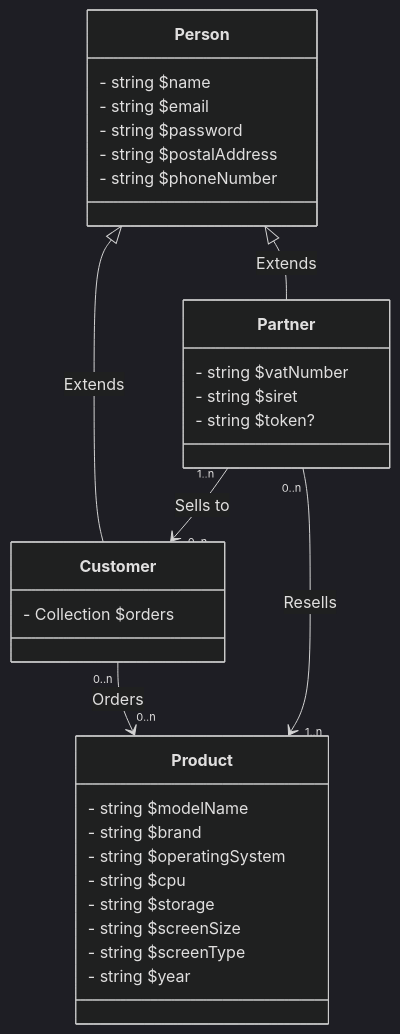
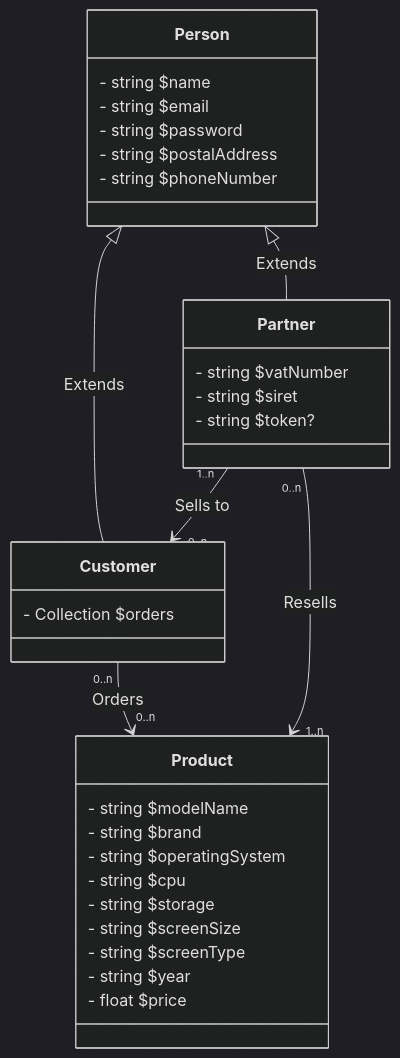
One commit to Palingenae/OC-P7-BileMo changed the diagram in doc/diagrams/classes.md. Above: the diagram before and after it, drawn with Mermaid (dark theme).

Commit message:
fix: add price property

````diff
--- a/doc/diagrams/classes.md
+++ b/doc/diagrams/classes.md
@@ -1,36 +1,37 @@
 ```mermaid
     classDiagram
         Person <|-- Customer: Extends
         Person <|-- Partner: Extends
         Customer "0..n" --> "0..n" Product: Orders
         Partner "0..n" --> "1..n" Product: Resells
         Partner "1..n" --> "0..n" Customer: Sells to
         class Person {
             - string $name
             - string $email
             - string $password
             - string $postalAddress
             - string $phoneNumber
         }
         %% Those who will order the products %%
         class Customer {
             - Collection<Product> $orders
         }
         %% As in BileMo's Commercial Partner %%
         class Partner {
             - string $vatNumber
             - string $siret
             - string $token?
         }
         %% Asserting that they will only make a phone catalog %%
         class Product {
             - string $modelName
             - string $brand
             - string $operatingSystem
             - string $cpu
             - string $storage
             - string $screenSize
             - string $screenType
             - string $year
+            - float $price
         }
 ```
````
